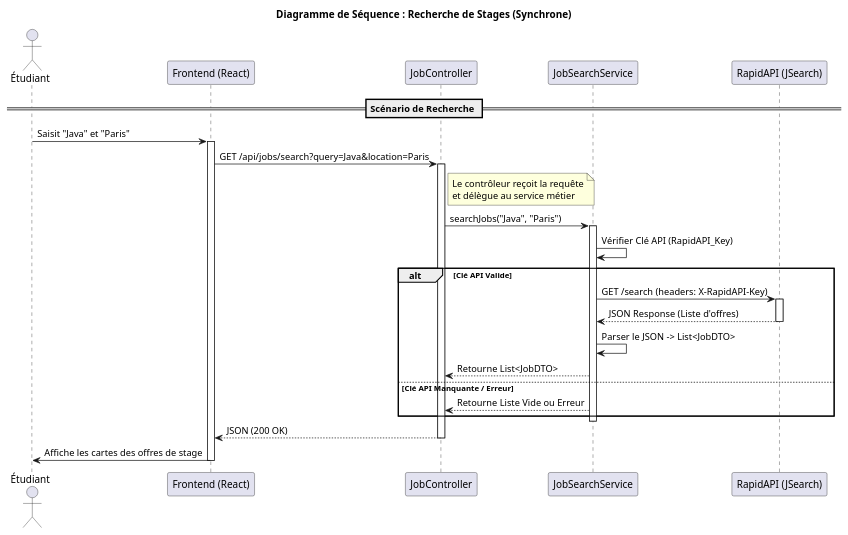
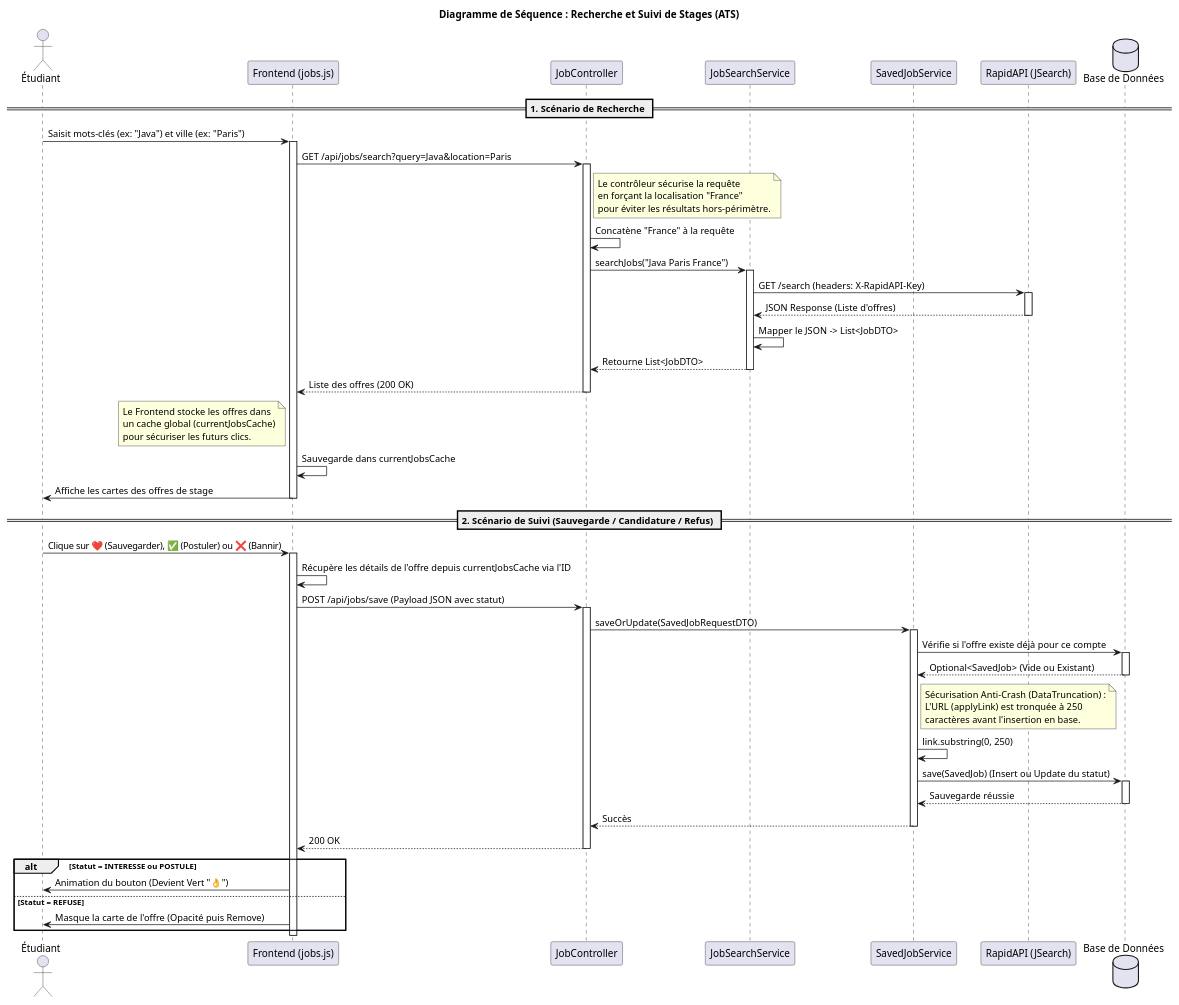
One commit to LynaBaouche/DevOps changed the diagram in doc/diagrammes_de_sequence/JobSearch.puml. Above: the diagram before and after it, drawn with PlantUML. The commit also changed 4 other files, not shown here.

Commit message:
MAJ Doc + UML JobSearch

```diff
--- a/doc/diagrammes_de_sequence/JobSearch.puml
+++ b/doc/diagrammes_de_sequence/JobSearch.puml
@@ -1,49 +1,95 @@
 @startuml
-title Diagramme de Séquence : Recherche de Stages (Synchrone)
+title Diagramme de Séquence : Recherche et Suivi de Stages (ATS)
 
 actor "Étudiant" as User
-participant "Frontend (React)" as Front
+participant "Frontend (jobs.js)" as Front
 participant "JobController" as Ctrl
-participant "JobSearchService" as Service
+participant "JobSearchService" as SearchAPI
+participant "SavedJobService" as SaveService
 participant "RapidAPI (JSearch)" as API
+database "Base de Données" as DB
 
-== Scénario de Recherche ==
+== 1. Scénario de Recherche ==
 
-User -> Front : Saisit "Java" et "Paris"
+User -> Front : Saisit mots-clés (ex: "Java") et ville (ex: "Paris")
 activate Front
 
 Front -> Ctrl : GET /api/jobs/search?query=Java&location=Paris
 activate Ctrl
 
 note right of Ctrl
-  Le contrôleur reçoit la requête
-  et délègue au service métier
+  Le contrôleur sécurise la requête
+  en forçant la localisation "France"
+  pour éviter les résultats hors-périmètre.
 end note
+Ctrl -> Ctrl : Concatène "France" à la requête
 
-Ctrl -> Service : searchJobs("Java", "Paris")
-activate Service
+Ctrl -> SearchAPI : searchJobs("Java Paris France")
+activate SearchAPI
 
-Service -> Service : Vérifier Clé API (RapidAPI_Key)
+SearchAPI -> API : GET /search (headers: X-RapidAPI-Key)
+activate API
+API --> SearchAPI : JSON Response (Liste d'offres)
+deactivate API
 
-alt Clé API Valide
-    Service -> API : GET /search (headers: X-RapidAPI-Key)
-    activate API
-    API --> Service : JSON Response (Liste d'offres)
-    deactivate API
+SearchAPI -> SearchAPI : Mapper le JSON -> List<JobDTO>
+SearchAPI --> Ctrl : Retourne List<JobDTO>
+deactivate SearchAPI
 
-    Service -> Service : Parser le JSON -> List<JobDTO>
-    Service --> Ctrl : Retourne List<JobDTO>
+Ctrl --> Front : Liste des offres (200 OK)
+deactivate Ctrl
 
-else Clé API Manquante / Erreur
-    Service --> Ctrl : Retourne Liste Vide ou Erreur
-end
-
-deactivate Service
-
-Ctrl --> Front : JSON (200 OK)
-deactivate Ctrl
+note left of Front
+  Le Frontend stocke les offres dans
+  un cache global (currentJobsCache)
+  pour sécuriser les futurs clics.
+end note
+Front -> Front : Sauvegarde dans currentJobsCache
 
 Front -> User : Affiche les cartes des offres de stage
 deactivate Front
 
+== 2. Scénario de Suivi (Sauvegarde / Candidature / Refus) ==
+
+User -> Front : Clique sur ❤️ (Sauvegarder), ✅ (Postuler) ou ❌ (Bannir)
+activate Front
+
+Front -> Front : Récupère les détails de l'offre depuis currentJobsCache via l'ID
+Front -> Ctrl : POST /api/jobs/save (Payload JSON avec statut)
+activate Ctrl
+
+Ctrl -> SaveService : saveOrUpdate(SavedJobRequestDTO)
+activate SaveService
+
+SaveService -> DB : Vérifie si l'offre existe déjà pour ce compte
+activate DB
+DB --> SaveService : Optional<SavedJob> (Vide ou Existant)
+deactivate DB
+
+note right of SaveService
+  Sécurisation Anti-Crash (DataTruncation) :
+  L'URL (applyLink) est tronquée à 250
+  caractères avant l'insertion en base.
+end note
+SaveService -> SaveService : link.substring(0, 250)
+
+SaveService -> DB : save(SavedJob) (Insert ou Update du statut)
+activate DB
+DB --> SaveService : Sauvegarde réussie
+deactivate DB
+
+SaveService --> Ctrl : Succès
+deactivate SaveService
+
+Ctrl --> Front : 200 OK
+deactivate Ctrl
+
+alt Statut = INTERESSE ou POSTULE
+    Front -> User : Animation du bouton (Devient Vert "👌")
+else Statut = REFUSE
+    Front -> User : Masque la carte de l'offre (Opacité puis Remove)
+end
+
+deactivate Front
+
 @enduml
```
